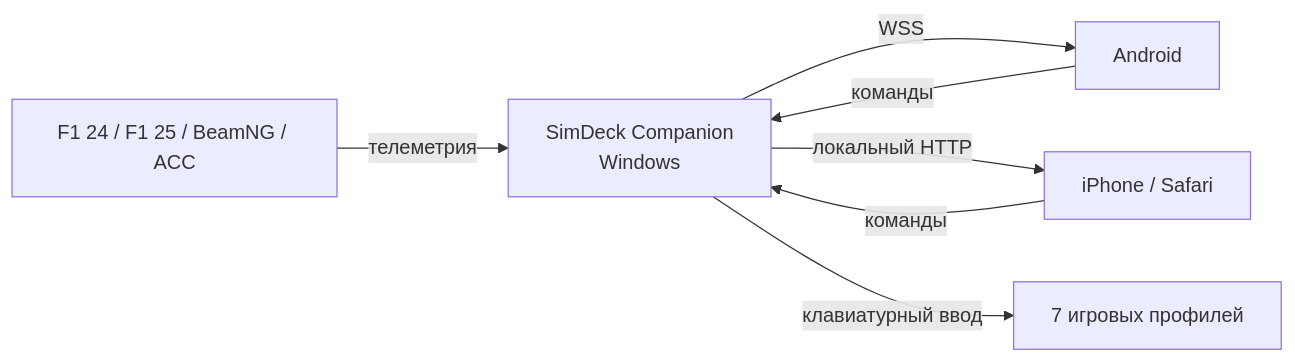
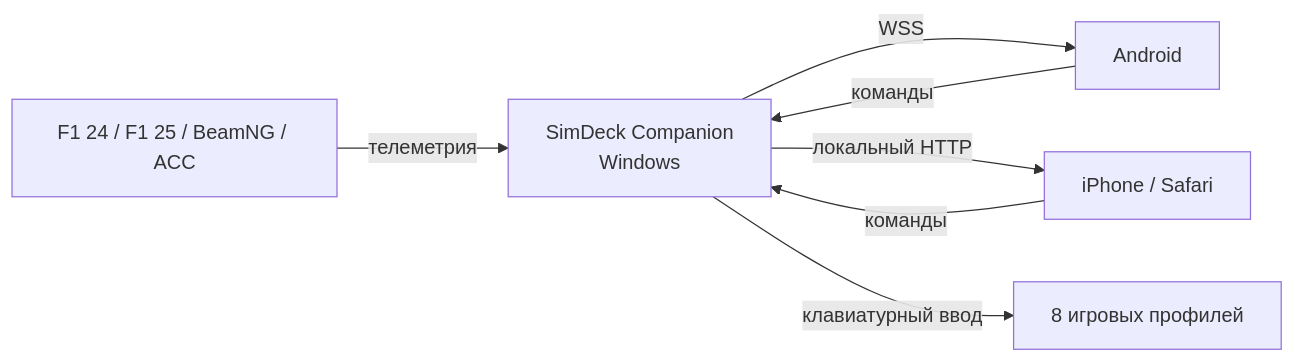
One commit to timurgass/SimDeck changed the diagram in README.md. Above: the diagram before and after it, drawn with Mermaid. The commit also changed other lines of this file and 18 other files, not shown here.

````diff
--- a/README.md
+++ b/README.md
@@ -180,9 +185,9 @@
 ```mermaid
 flowchart LR
     TelemetryGames["F1 24 / F1 25 / BeamNG / ACC"] -->|"телеметрия"| PC["SimDeck Companion<br/>Windows"]
     PC -->|"WSS"| Android["Android"]
     PC -->|"локальный HTTP"| Safari["iPhone / Safari"]
     Android -->|"команды"| PC
     Safari -->|"команды"| PC
-    PC -->|"клавиатурный ввод"| Games["7 игровых профилей"]
+    PC -->|"клавиатурный ввод"| Games["8 игровых профилей"]
 ```
````
